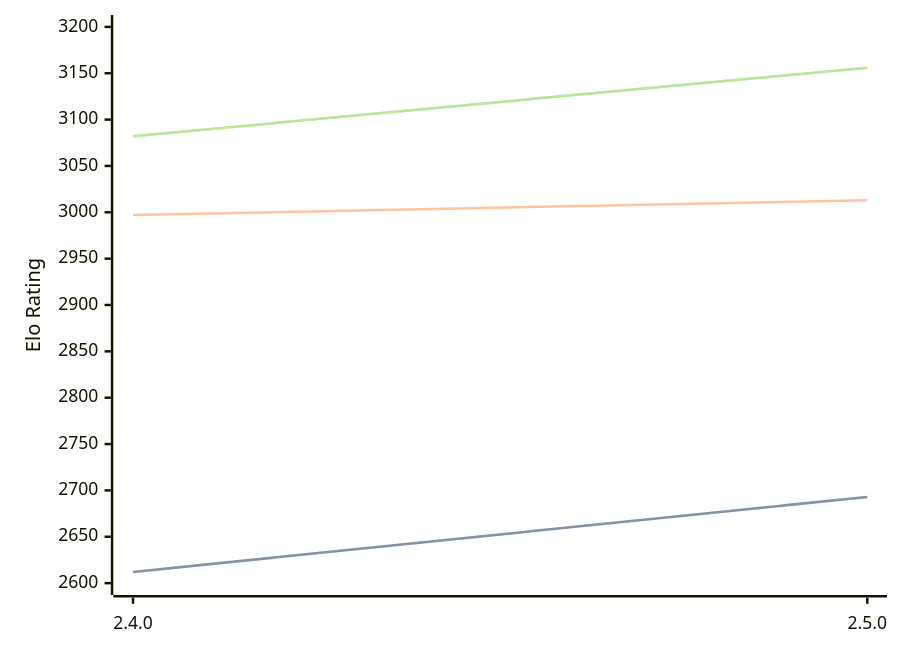
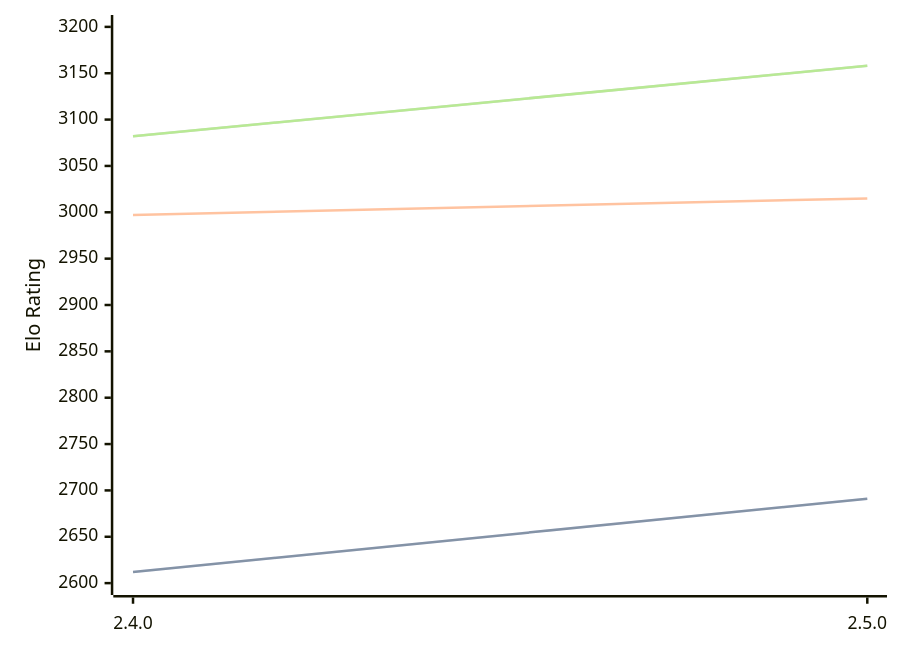
The first of 3 diagrams in engines/Sturddle2.md (computer-chess-index/cci), drawn with Mermaid before and after one commit. The commit also changed other lines of this file, not shown here.

Commit message:
Update CCI Ratings (ELO VLTC) - 2026-07-14

````diff
--- a/engines/Sturddle2.md
+++ b/engines/Sturddle2.md
@@ -37,11 +37,11 @@
 ```mermaid
 %%{init: {"theme":"base","themeVariables":{"seriesColors:['#a3a3a3','#222221','#faa371']}}}%%
 xychart-beta
   x-axis ["2.4.0", "2.5.0"]
   y-axis "Elo Rating" 2600 --> 3200
-  line "STC (8.0+0.08s)" [2612, 2693]
-  line "STC (8.0+0.08s)" [2612, 2693]
-  line "LTC (60.0+0.60s)" [2997, 3013]
-  line "VLTC (2m24s+1.12s)" [3082, 3156]
-  line "VLTC (2m24s+1.12s)" [3082, 3156]
+  line "STC (8.0+0.08s)" [2612, 2691]
+  line "STC (8.0+0.08s)" [2612, 2691]
+  line "LTC (60.0+0.60s)" [2997, 3015]
+  line "VLTC (2m24s+1.12s)" [3082, 3158]
+  line "VLTC (2m24s+1.12s)" [3082, 3158]
 ```
````
